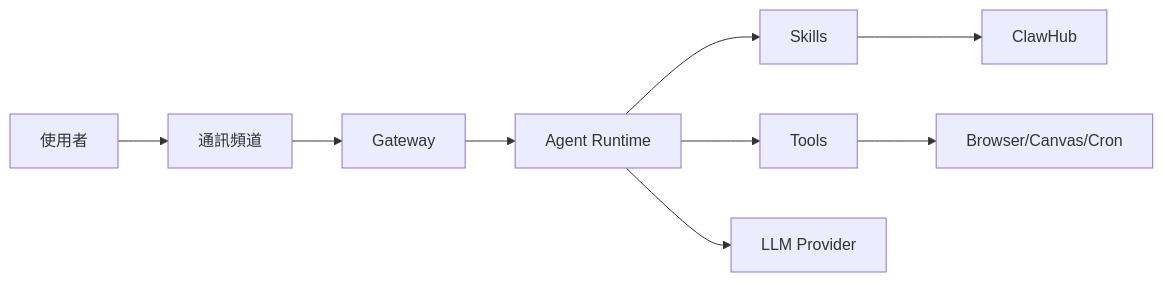
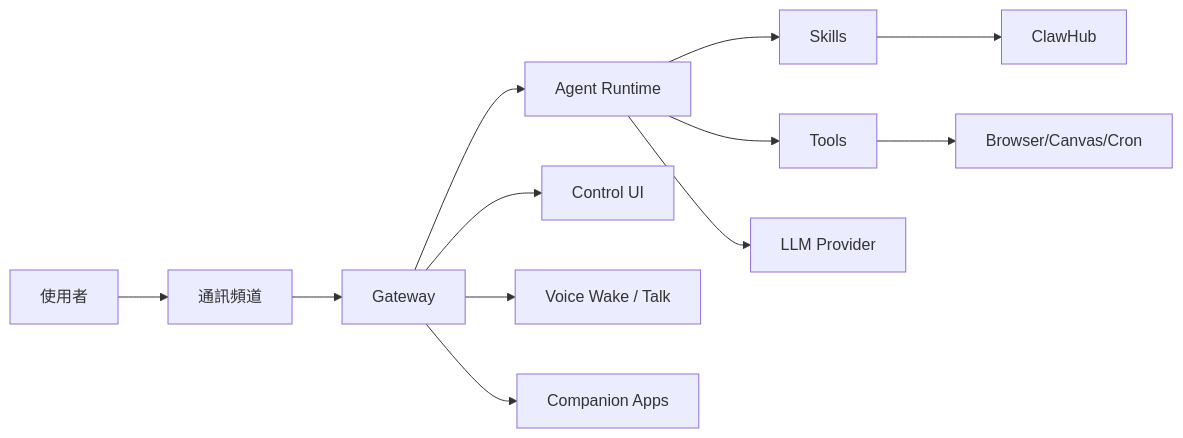
One commit to chihhung/Blog changed the first of 51 diagrams in content/posts/教學/AI開發/OpenClaw生態系教學手冊.md. Above: the diagram before and after it, drawn with Mermaid. The commit also changed other lines of this file, not shown here.

````diff
--- a/content/posts/教學/AI開發/OpenClaw生態系教學手冊.md
+++ b/content/posts/教學/AI開發/OpenClaw生態系教學手冊.md
@@ -218,11 +225,14 @@
 ```mermaid
 graph LR
     A[使用者] --> B[通訊頻道]
     B --> C[Gateway]
     C --> D[Agent Runtime]
     D --> E[Skills]
     D --> F[Tools]
     D --> G[LLM Provider]
     E --> H[ClawHub]
     F --> I[Browser/Canvas/Cron]
+    C --> J[Control UI]
+    C --> K[Voice Wake / Talk]
+    C --> L[Companion Apps]
 ```
````
